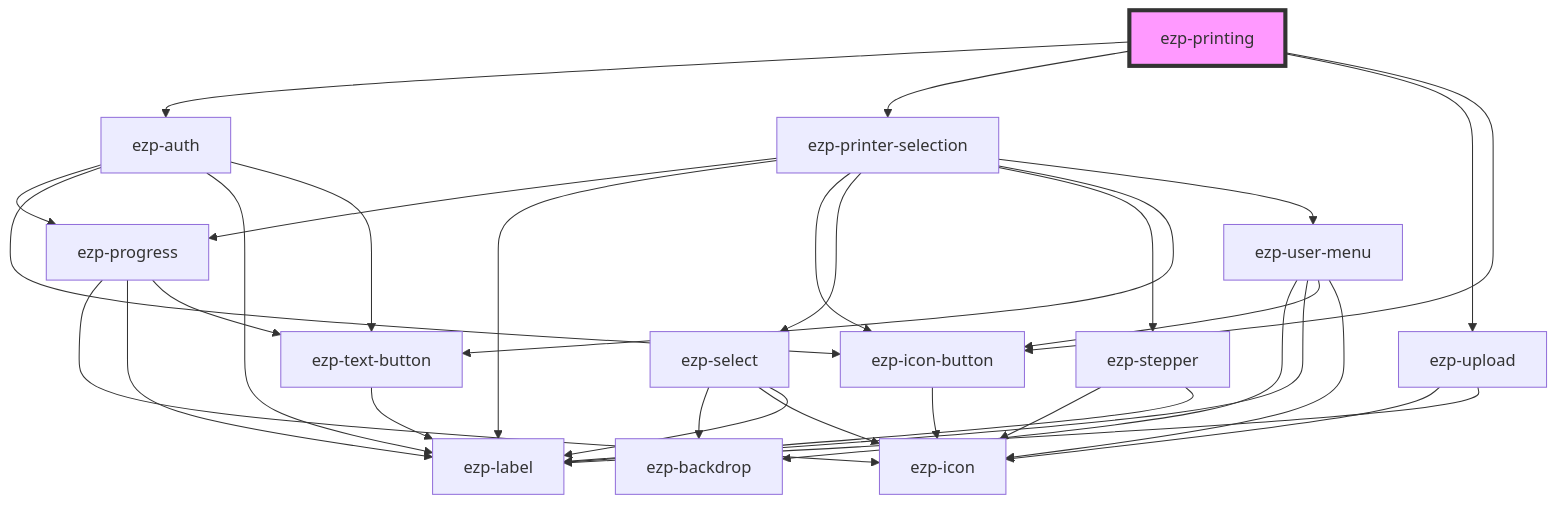
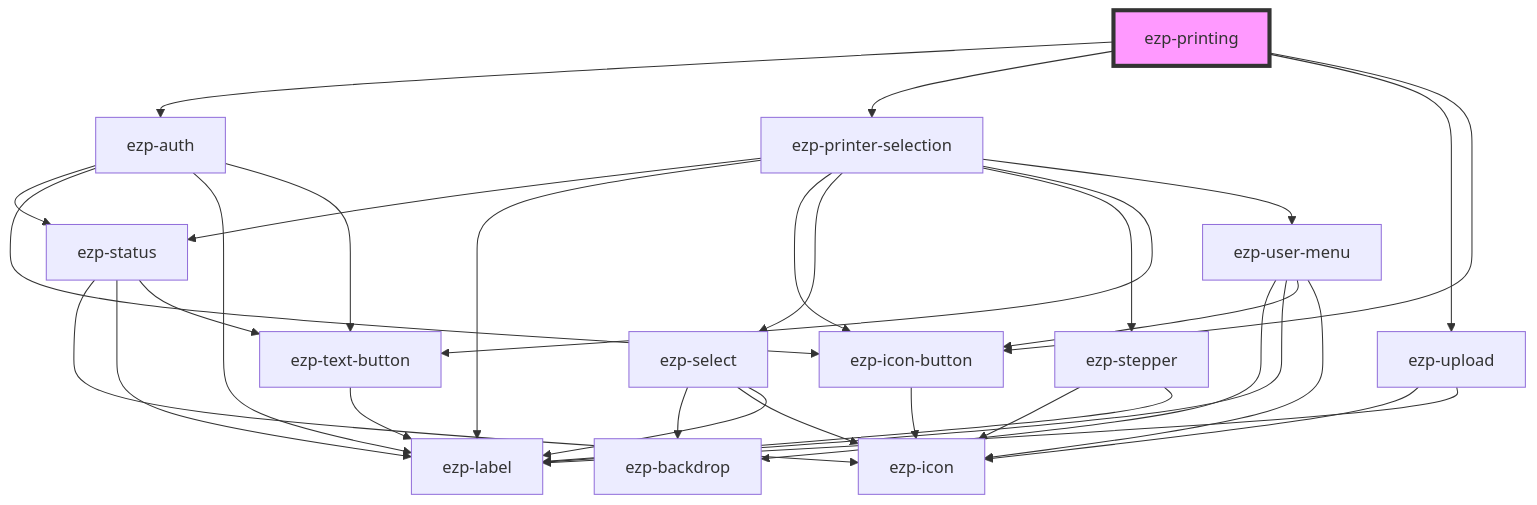
One commit to ezeep/ezeep-js changed the diagram in src/components/ezp-printing/readme.md. Above: the diagram before and after it, drawn with Mermaid. The commit also changed 12 other files, not shown here.

Commit message:
Rename progress component -> status

````diff
--- a/src/components/ezp-printing/readme.md
+++ b/src/components/ezp-printing/readme.md
@@ -44,35 +44,35 @@
 ```mermaid
 graph TD;
   ezp-printing --> ezp-auth
   ezp-printing --> ezp-printer-selection
   ezp-printing --> ezp-upload
   ezp-printing --> ezp-icon-button
-  ezp-auth --> ezp-progress
+  ezp-auth --> ezp-status
   ezp-auth --> ezp-icon-button
   ezp-auth --> ezp-label
   ezp-auth --> ezp-text-button
-  ezp-progress --> ezp-icon
-  ezp-progress --> ezp-label
-  ezp-progress --> ezp-text-button
+  ezp-status --> ezp-icon
+  ezp-status --> ezp-label
+  ezp-status --> ezp-text-button
   ezp-text-button --> ezp-label
   ezp-icon-button --> ezp-icon
-  ezp-printer-selection --> ezp-progress
+  ezp-printer-selection --> ezp-status
   ezp-printer-selection --> ezp-label
   ezp-printer-selection --> ezp-icon-button
   ezp-printer-selection --> ezp-select
   ezp-printer-selection --> ezp-stepper
   ezp-printer-selection --> ezp-text-button
   ezp-printer-selection --> ezp-user-menu
   ezp-select --> ezp-backdrop
   ezp-select --> ezp-icon
   ezp-select --> ezp-label
   ezp-stepper --> ezp-icon
   ezp-stepper --> ezp-label
   ezp-user-menu --> ezp-backdrop
   ezp-user-menu --> ezp-label
   ezp-user-menu --> ezp-icon-button
   ezp-user-menu --> ezp-icon
   ezp-upload --> ezp-icon
   ezp-upload --> ezp-label
   style ezp-printing fill:#f9f,stroke:#333,stroke-width:4px
 ```
````
